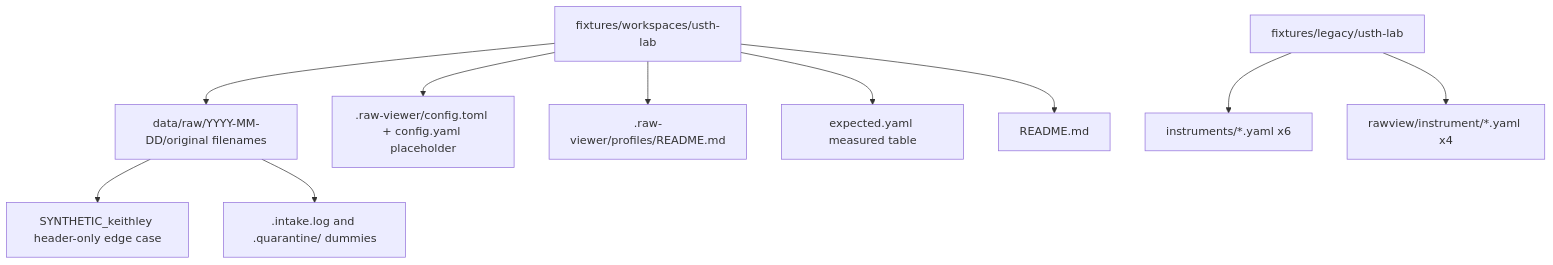
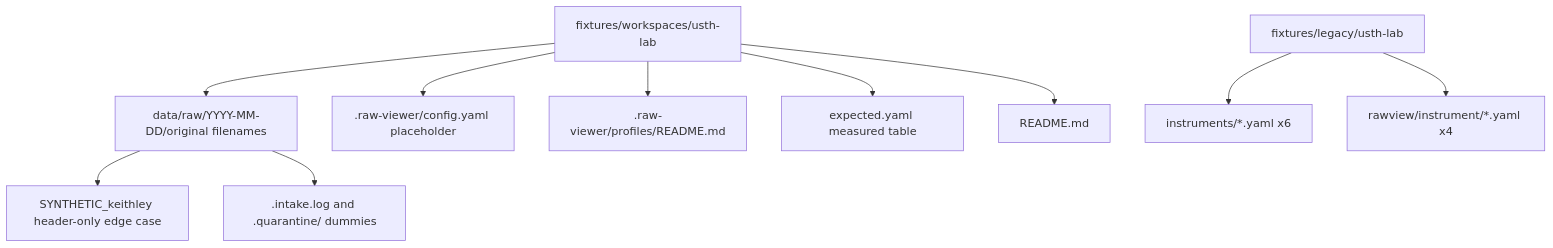
The diagram in fixtures/workspaces/usth-lab/README.md (taixuann/raw-viewer), drawn with Mermaid before and after one commit. The commit also changed 2 other files, not shown here.

Commit message:
test(usth-lab): drop config.toml; YAML-only .raw-viewer layout

````diff
--- a/fixtures/workspaces/usth-lab/README.md
+++ b/fixtures/workspaces/usth-lab/README.md
@@ -11,13 +11,13 @@
 ```mermaid
 flowchart TB
   root[fixtures/workspaces/usth-lab]
   root --> data[data/raw/YYYY-MM-DD/original filenames]
-  root --> rv[.raw-viewer/config.toml + config.yaml placeholder]
+  root --> rv[.raw-viewer/config.yaml placeholder]
   root --> prof[.raw-viewer/profiles/README.md]
   root --> exp[expected.yaml measured table]
   root --> readme[README.md]
   data --> synth[SYNTHETIC_keithley header-only edge case]
   data --> ignore[.intake.log and .quarantine/ dummies]
   legacy[fixtures/legacy/usth-lab] --> inst[instruments/*.yaml x6]
   legacy --> rvleg[rawview/instrument/*.yaml x4]
 ```
````
